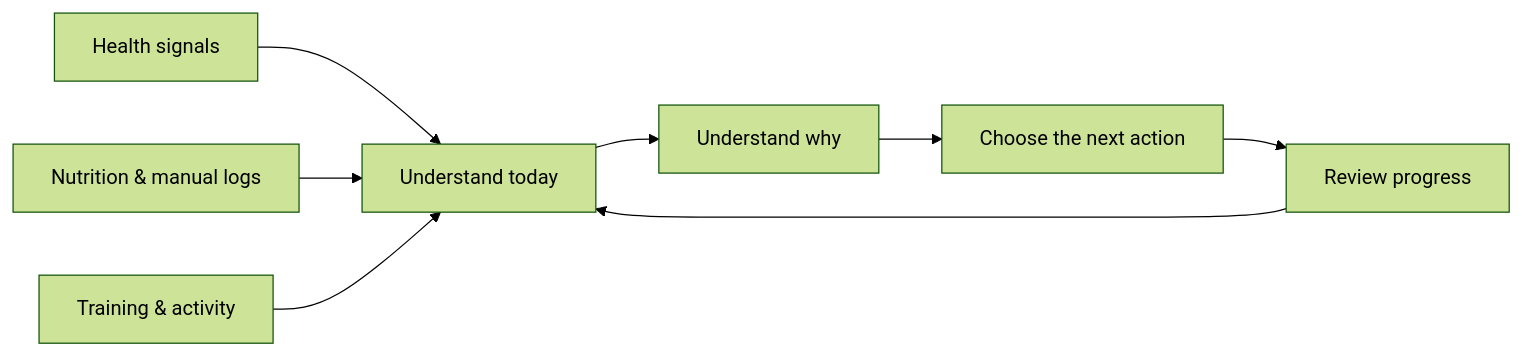
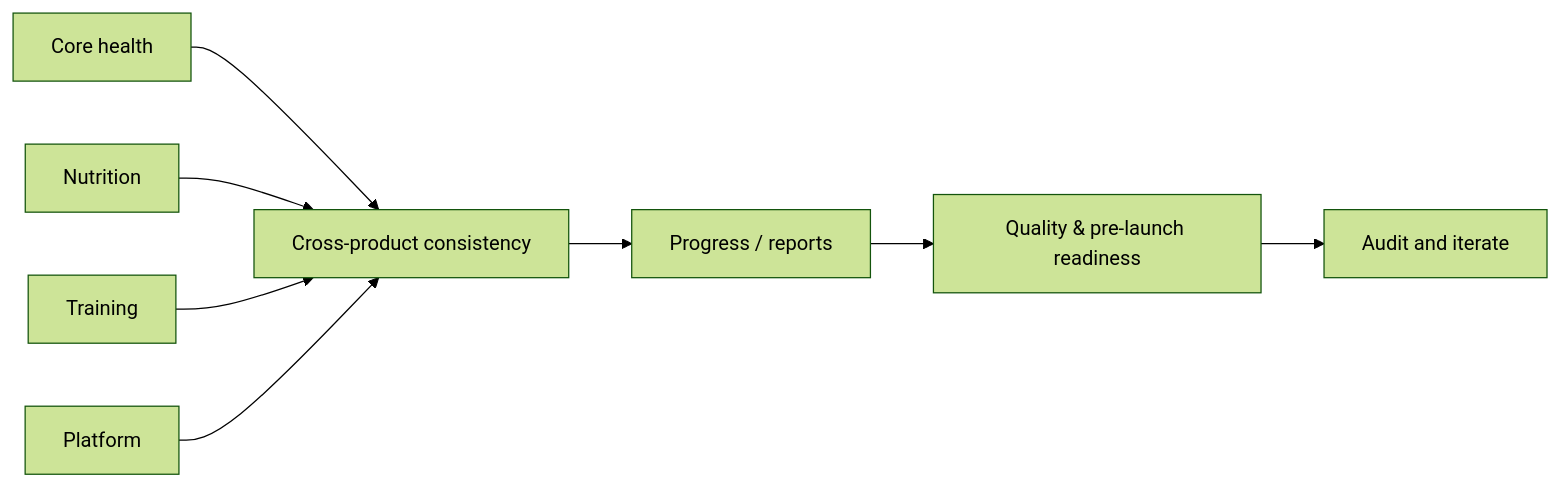
Before and after one commit to momaoalo/halaty-project-showcase: the first of 2 diagrams in README.md, drawn with Mermaid (forest theme). The commit also changed other lines of this file, not shown here.

Commit message:
Reposition showcase for hiring and multi-role review

````diff
--- a/README.md
+++ b/README.md
@@ -51,10 +148,10 @@
 ```mermaid
 flowchart LR
-    A[Health signals] --> D[Understand today]
-    B[Nutrition & manual logs] --> D
-    C[Training & activity] --> D
-    D --> E[Understand why]
-    E --> F[Choose the next action]
-    F --> G[Review progress]
-    G --> D
+    A[Core health] --> E[Cross-product consistency]
+    B[Nutrition] --> E
+    C[Training] --> E
+    D[Platform] --> E
+    E --> F[Progress / reports]
+    F --> G[Quality & pre-launch readiness]
+    G --> H[Audit and iterate]
 ```
````
